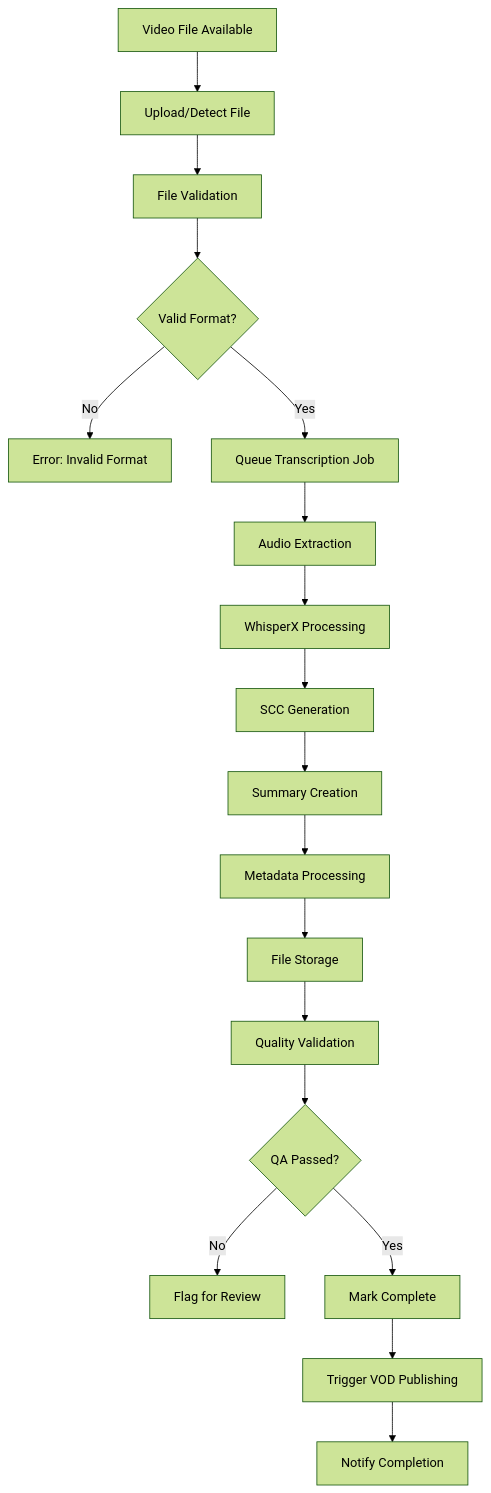
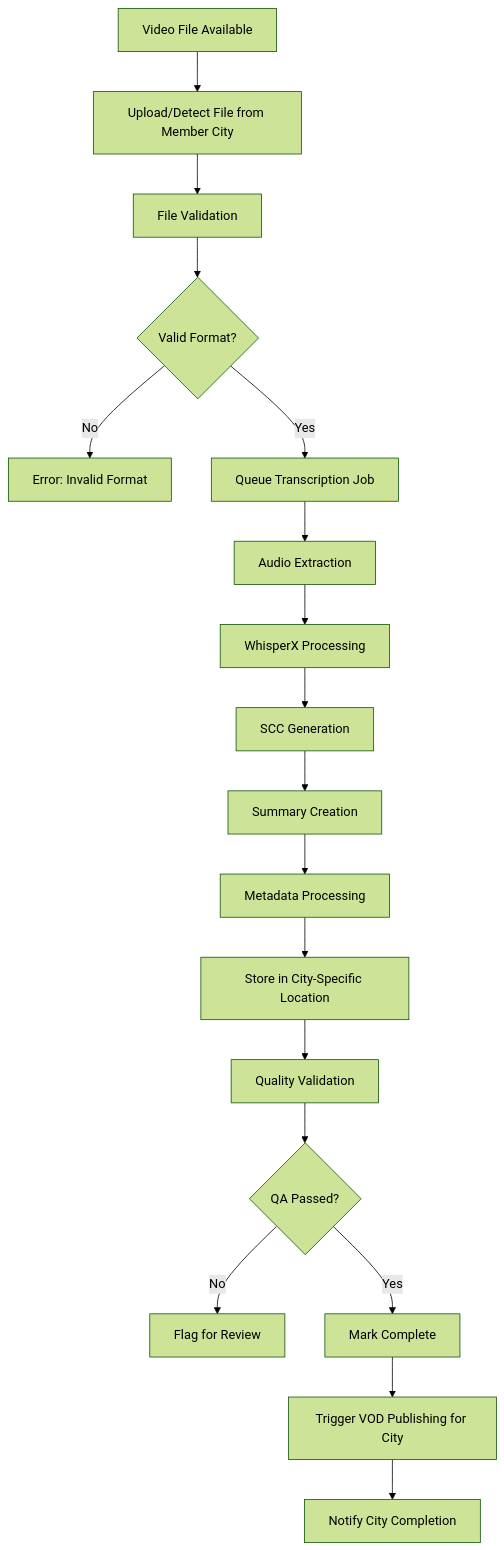
Before and after one commit to SCC-Dev-256/Archivist: the first of 5 diagrams in docs/WORKFLOW_DOCUMENTATION.md, drawn with Mermaid (forest theme). The commit also changed other lines of this file and 6 other files, not shown here.

````diff
--- a/docs/WORKFLOW_DOCUMENTATION.md
+++ b/docs/WORKFLOW_DOCUMENTATION.md
@@ -9,20 +9,20 @@
 ```mermaid
 flowchart TD
-    A[Video File Available] --> B[Upload/Detect File]
+    A[Video File Available] --> B[Upload/Detect File from Member City]
     B --> C[File Validation]
     C --> D{Valid Format?}
     D -->|No| E[Error: Invalid Format]
     D -->|Yes| F[Queue Transcription Job]
     F --> G[Audio Extraction]
     G --> H[WhisperX Processing]
     H --> I[SCC Generation]
     I --> J[Summary Creation]
     J --> K[Metadata Processing]
-    K --> L[File Storage]
+    K --> L[Store in City-Specific Location]
     L --> M[Quality Validation]
     M --> N{QA Passed?}
     N -->|No| O[Flag for Review]
     N -->|Yes| P[Mark Complete]
-    P --> Q[Trigger VOD Publishing]
-    Q --> R[Notify Completion]
+    P --> Q[Trigger VOD Publishing for City]
+    Q --> R[Notify City Completion]
 ```
````
